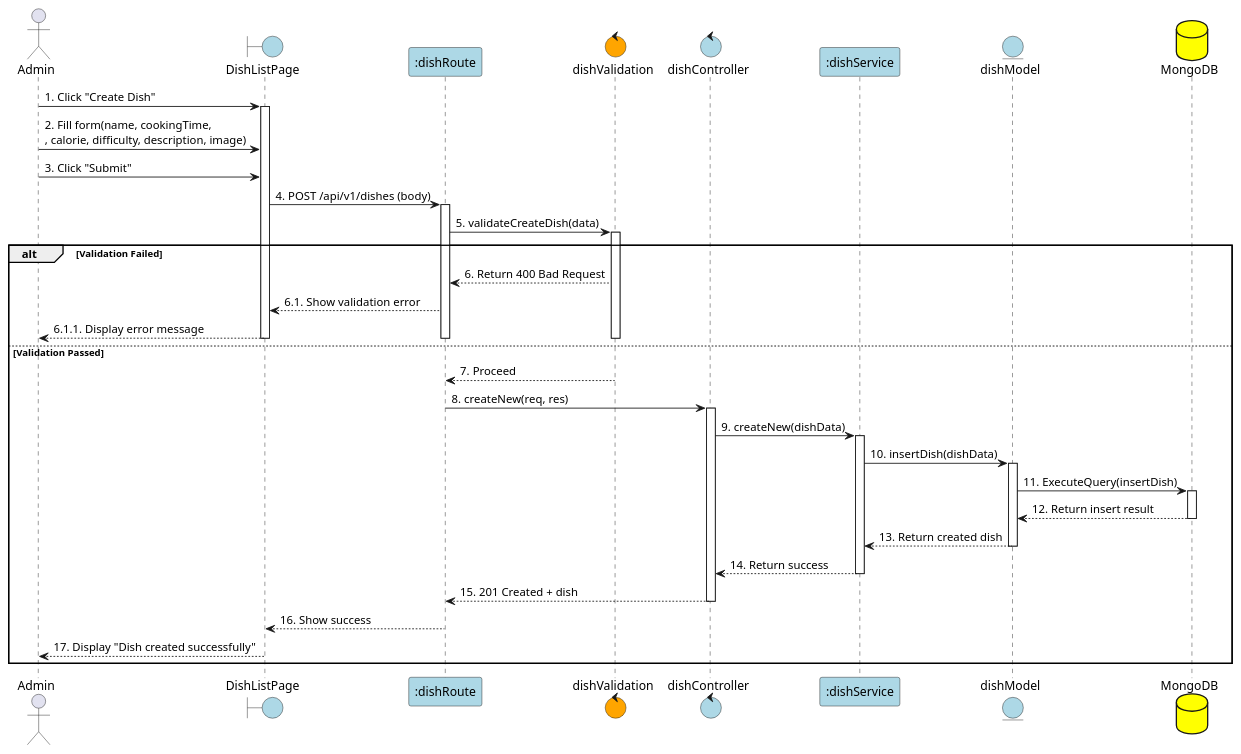
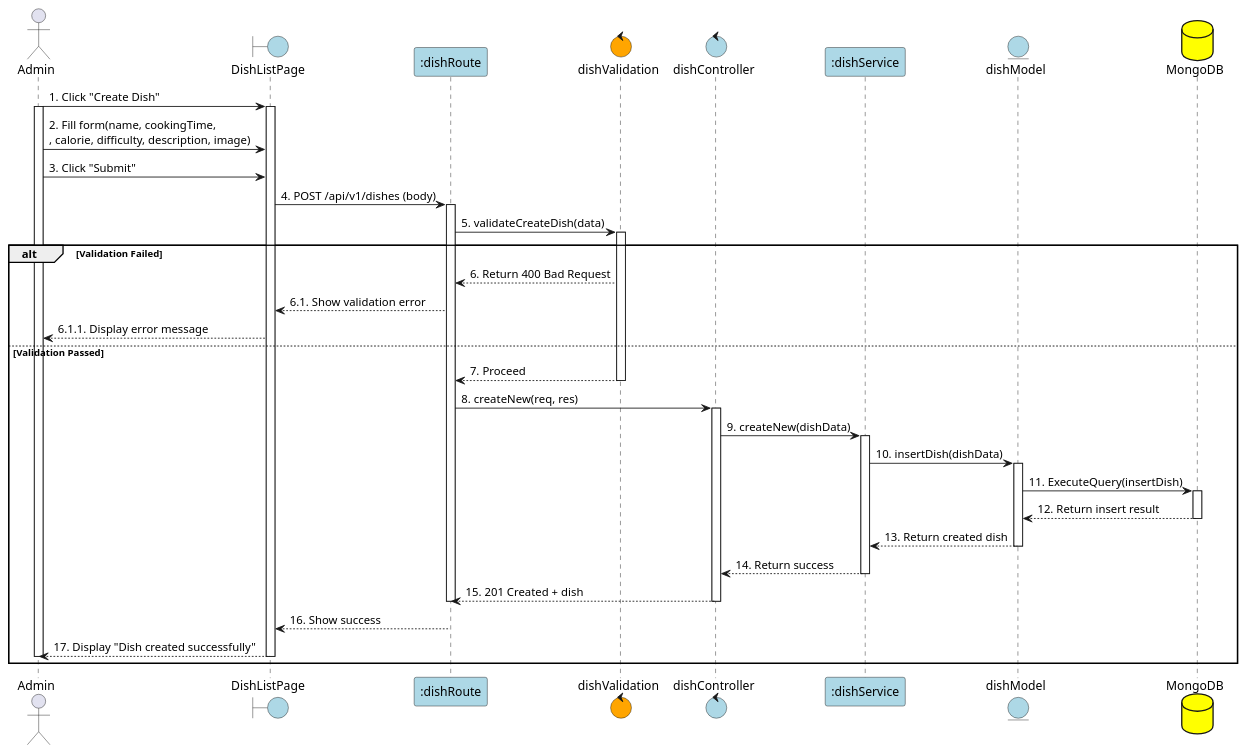
Before and after one commit to Aohkne/CaloCook: the diagram in PlanUML/17_createDish.puml, drawn with PlantUML. The commit also changed 20 other files, not shown here.

Commit message:
fix(uml 15 -> 33 + 36): done

```diff
--- a/PlanUML/17_createDish.puml
+++ b/PlanUML/17_createDish.puml
@@ -1,66 +1,68 @@
 @startuml Create Dish
 
 actor Admin as "Admin" 
 boundary "DishListPage" as View #lightblue
 participant ":dishRoute" as Route #lightblue
 control "dishValidation" as Validation #orange
 control "dishController" as Controller #lightblue
 participant ":dishService" as Service #lightblue
 entity "dishModel" as Model #lightblue
 database "MongoDB" as MongoDB #yellow
 
 
 Admin -> View: 1. Click "Create Dish"
+activate Admin
 activate View
 Admin -> View: 2. Fill form(name, cookingTime,\n, calorie, difficulty, description, image)
 Admin -> View: 3. Click "Submit"
 
 View -> Route: 4. POST /api/v1/dishes (body)
 activate Route
 
 Route -> Validation: 5. validateCreateDish(data)
 activate Validation
 
 alt Validation Failed
     Validation --> Route: 6. Return 400 Bad Request
     Route --> View: 6.1. Show validation error
     View --> Admin: 6.1.1. Display error message
-    deactivate Validation
-    deactivate Route
-    deactivate View
+
 else Validation Passed
     Validation --> Route: 7. Proceed
     deactivate Validation
 
     Route -> Controller: 8. createNew(req, res)
     activate Controller
 
     Controller -> Service: 9. createNew(dishData)
     activate Service
 
     Service -> Model: 10. insertDish(dishData)
     activate Model
 
     Model -> MongoDB: 11. ExecuteQuery(insertDish)
     activate MongoDB
     MongoDB --> Model: 12. Return insert result
     deactivate MongoDB
 
     Model --> Service: 13. Return created dish
     deactivate Model
 
     Service --> Controller: 14. Return success
     deactivate Service
 
     Controller --> Route: 15. 201 Created + dish
+    deactivate Route
     deactivate Controller
 
     Route --> View: 16. Show success
     deactivate Route
 
     View --> Admin: 17. Display "Dish created successfully"
+    deactivate Admin
+    deactivate View
 end
 
 deactivate View
 
 @enduml
```
